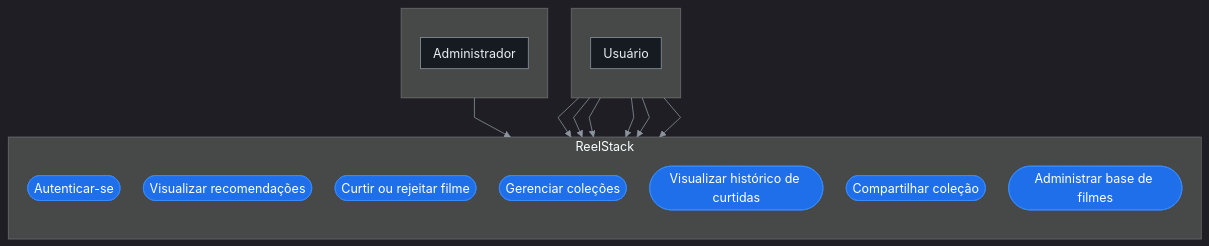
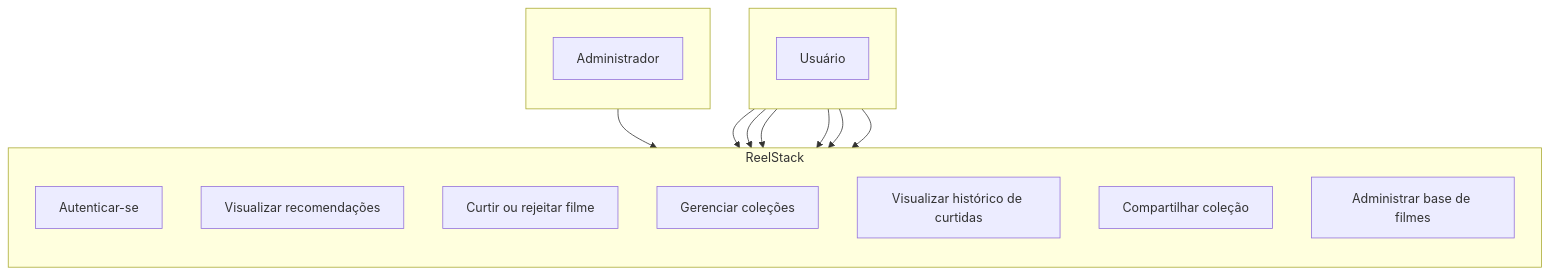
Before and after one commit to Reelstack/reelstack: the diagram in DOCUMENTACAO_ARQUITETURA_DE_SOFTWARE.md, drawn with Mermaid.

Commit message:
Simplify Mermaid use case diagram syntax
Removed custom theme and style definitions from the Mermaid diagram in the architecture documentation, using default syntax for improved readability and maintainability.

````diff
--- a/DOCUMENTACAO_ARQUITETURA_DE_SOFTWARE.md
+++ b/DOCUMENTACAO_ARQUITETURA_DE_SOFTWARE.md
@@ -41,52 +41,28 @@
 ```mermaid
-%%{init:{
-'theme':'dark',
-'themeVariables':{
-'background':'transparent',
-'primaryTextColor':'#e6edf3',
-'lineColor':'#8b949e'
-},
-'flowchart':{
-'curve':'linear',
-'nodeSpacing':30,
-'rankSpacing':50,
-'padding':8,
-'htmlLabels':true
-},
-'wrap': true
-}}%%
 flowchart TB
-%% Colunas: esquerda (atores), centro (ReelStack), direita (atores)
 subgraph L[" "]
 direction TB
 actorUsuario["Usuário"]
 end
 subgraph ReelStack
 direction TB
-UC1([Autenticar-se])
-UC2([Visualizar recomendações])
-UC3([Curtir ou rejeitar filme])
-UC4([Gerenciar coleções])
-UC5([Visualizar histórico de curtidas])
-UC6([Compartilhar coleção])
-UC7([Administrar base de filmes])
+UC1[Autenticar-se]
+UC2[Visualizar recomendações]
+UC3[Curtir ou rejeitar filme]
+UC4[Gerenciar coleções]
+UC5[Visualizar histórico de curtidas]
+UC6[Compartilhar coleção]
+UC7[Administrar base de filmes]
 end
 subgraph R[" "]
 direction TB
 actorAdmin["Administrador"]
 end
-%% Relações
 actorUsuario --> UC1
 actorUsuario --> UC2
 actorUsuario --> UC3
 actorUsuario --> UC4
 actorUsuario --> UC5
 actorUsuario --> UC6
-actorAdmin   --> UC7
-%% Estilos
-classDef actor fill:#161b22,stroke:#8b949e,color:#e6edf3;
-classDef uc    fill:#1f6feb,stroke:#388bfd,color:#ffffff;
-class actorUsuario,actorAdmin actor
-class UC1,UC2,UC3,UC4,UC5,UC6,UC7 uc
-linkStyle default stroke:#8b949e,stroke-width:1px,color:#e6edf3
+actorAdmin --> UC7
 ```
````
